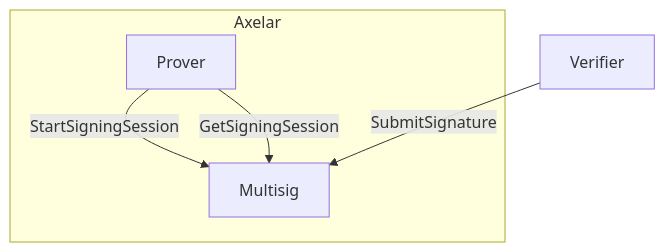
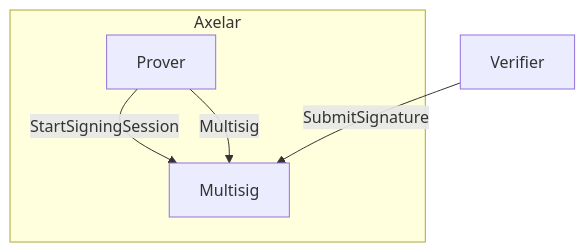
One commit to axelarnetwork/axelar-amplifier changed the first of 3 diagrams in doc/src/contracts/multisig.md. Above: the diagram before and after it, drawn with Mermaid. The commit also changed other lines of this file and 6 other files, not shown here.

````diff
--- a/doc/src/contracts/multisig.md
+++ b/doc/src/contracts/multisig.md
@@ -6,12 +6,12 @@
 ```mermaid
 flowchart TD
 subgraph Axelar
   b[Prover]
   m[Multisig]
 end
 s[Verifier]
 
 b--StartSigningSession-->m
 s--SubmitSignature-->m
-b--GetSigningSession-->m
+b--Multisig-->m
 ```
````
